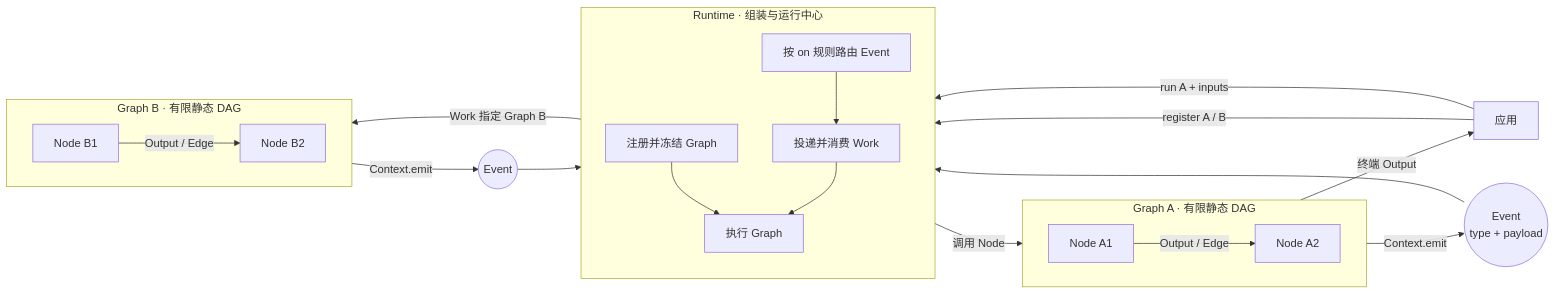
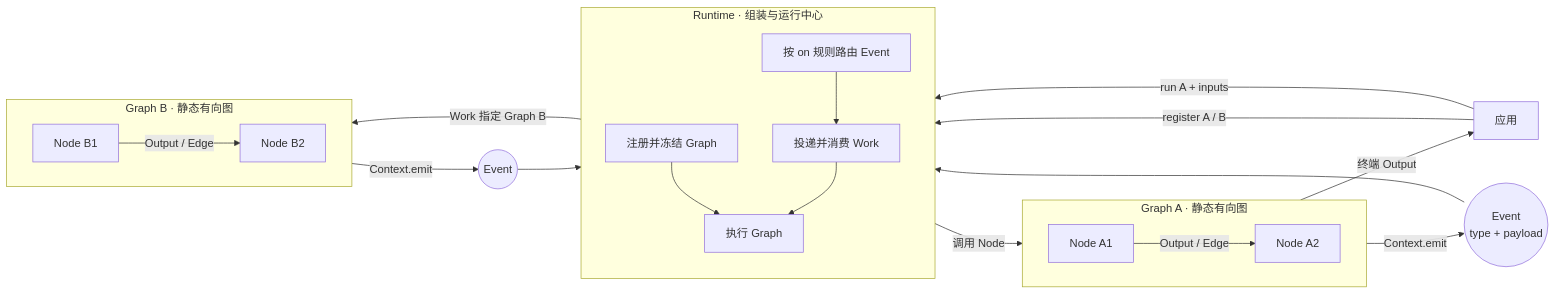
Before and after one commit to KKKKKKKEM/bricks: the first of 6 diagrams in docs/architecture.md, drawn with Mermaid. The commit also changed other lines of this file and 11 other files, not shown here.

Commit message:
feat: support cyclic graph execution

````diff
--- a/docs/architecture.md
+++ b/docs/architecture.md
@@ -8,40 +8,40 @@
 ```mermaid
 flowchart LR
     App[应用]
 
-    subgraph GA[Graph A · 有限静态 DAG]
+    subgraph GA[Graph A · 静态有向图]
         direction LR
         A1[Node A1] -->|Output / Edge| A2[Node A2]
     end
 
     EventA((Event<br/>type + payload))
 
     subgraph R[Runtime · 组装与运行中心]
         direction TB
         Registry[注册并冻结 Graph]
         Execute[执行 Graph]
         Route[按 on 规则路由 Event]
         Dispatch[投递并消费 Work]
         Registry --> Execute
         Route --> Dispatch
         Dispatch --> Execute
     end
 
-    subgraph GB[Graph B · 有限静态 DAG]
+    subgraph GB[Graph B · 静态有向图]
         direction LR
         B1[Node B1] -->|Output / Edge| B2[Node B2]
     end
 
     EventB((Event))
 
     App -->|register A / B| Registry
     App -->|run A + inputs| Execute
     Execute -->|调用 Node| A1
     A2 -->|终端 Output| App
 
     A2 -->|Context.emit| EventA
     EventA --> Route
     Execute -->|Work 指定 Graph B| B1
     B2 -->|Context.emit| EventB
     EventB --> Route
 ```
````
